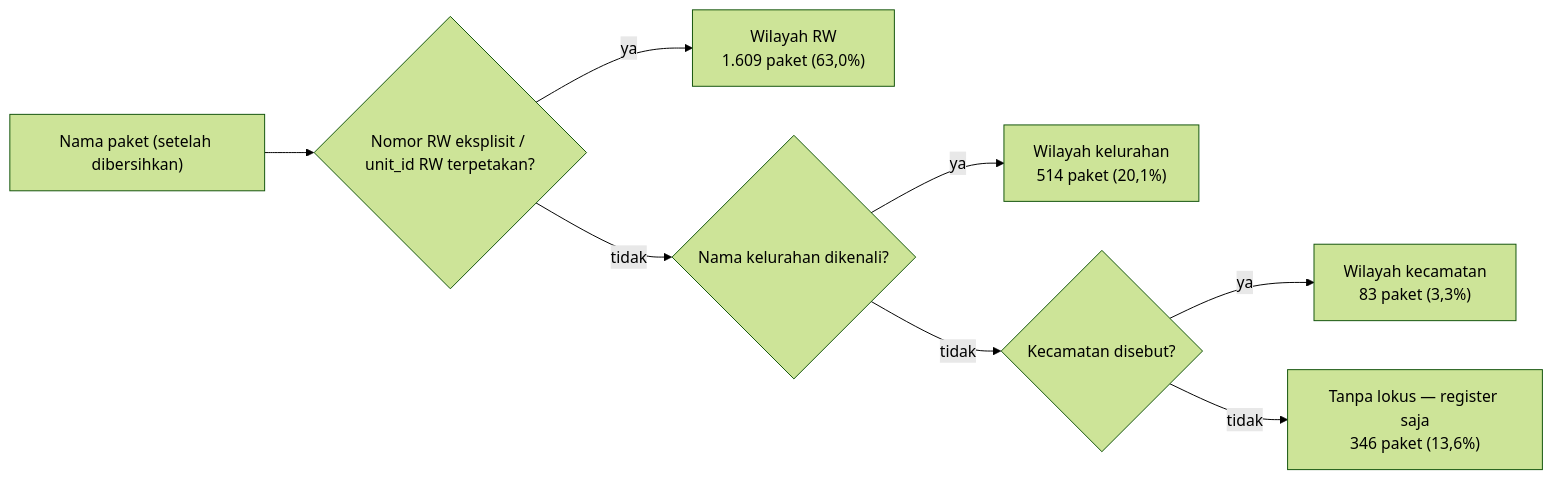
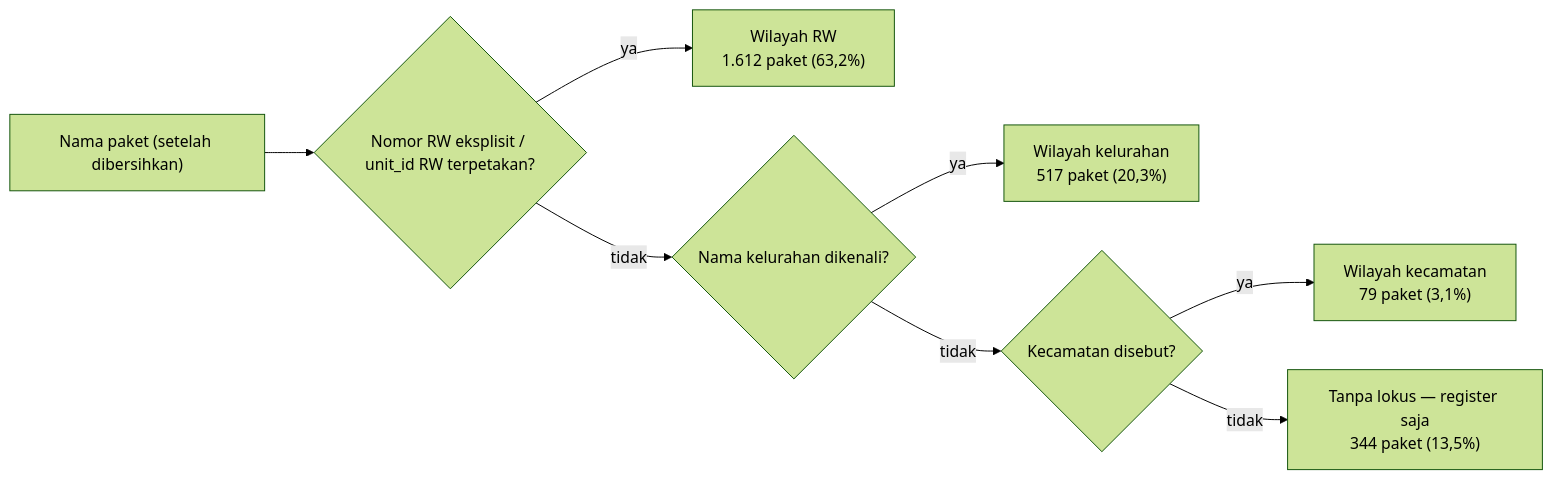
The diagram in docs/SPEC.md (repyh/saksi), drawn with Mermaid (forest theme) before and after one commit. The commit also changed other lines of this file and 41 other files, not shown here.

````diff
--- a/docs/SPEC.md
+++ b/docs/SPEC.md
@@ -76,10 +76,10 @@
 ```mermaid
 flowchart LR
   TXT["Nama paket (setelah dibersihkan)"] --> RW{"Nomor RW eksplisit / unit_id RW terpetakan?"}
-  RW -->|ya| T1["Wilayah RW<br/>1.609 paket (63,0%)"]
+  RW -->|ya| T1["Wilayah RW<br/>1.612 paket (63,2%)"]
   RW -->|tidak| KEL{"Nama kelurahan dikenali?"}
-  KEL -->|ya| T2["Wilayah kelurahan<br/>514 paket (20,1%)"]
+  KEL -->|ya| T2["Wilayah kelurahan<br/>517 paket (20,3%)"]
   KEL -->|tidak| KEC{"Kecamatan disebut?"}
-  KEC -->|ya| T3["Wilayah kecamatan<br/>83 paket (3,3%)"]
-  KEC -->|tidak| T4["Tanpa lokus — register saja<br/>346 paket (13,6%)"]
+  KEC -->|ya| T3["Wilayah kecamatan<br/>79 paket (3,1%)"]
+  KEC -->|tidak| T4["Tanpa lokus — register saja<br/>344 paket (13,5%)"]
 ```
````
